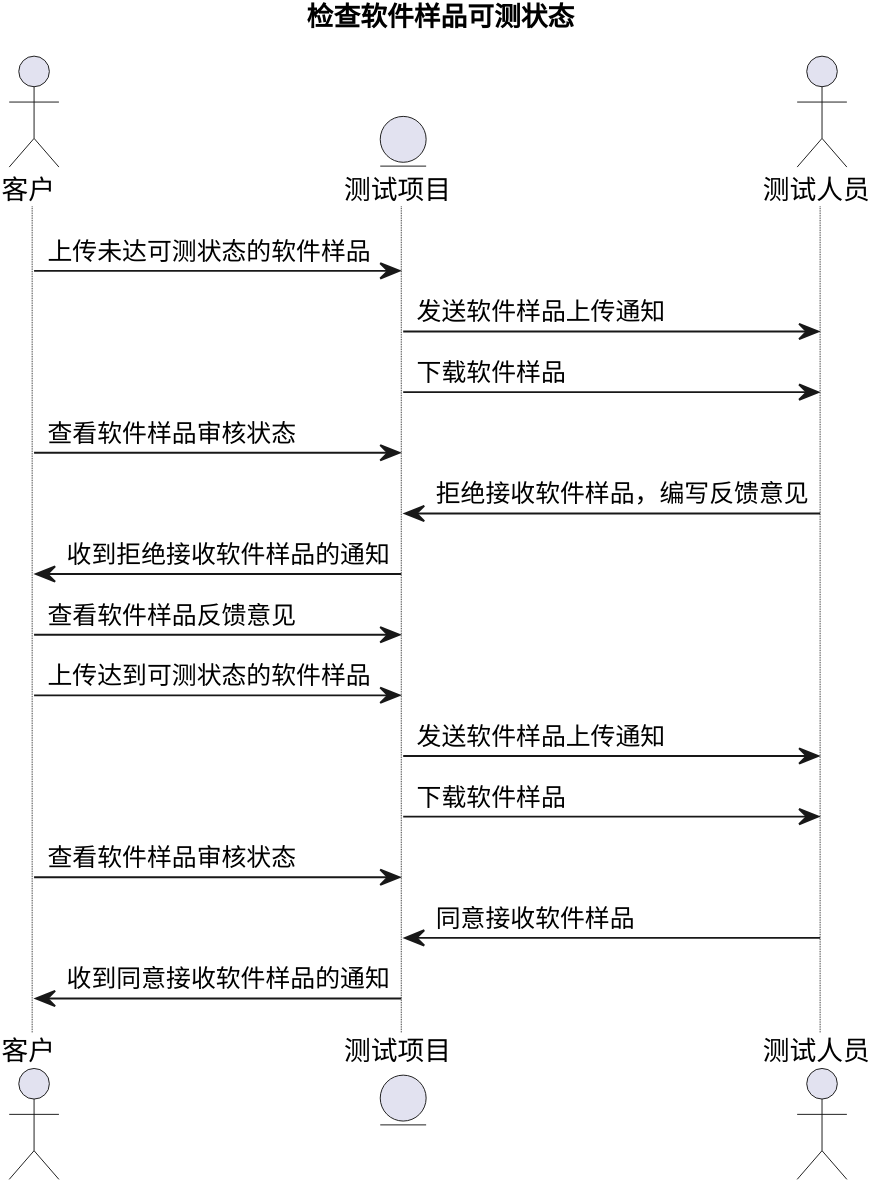
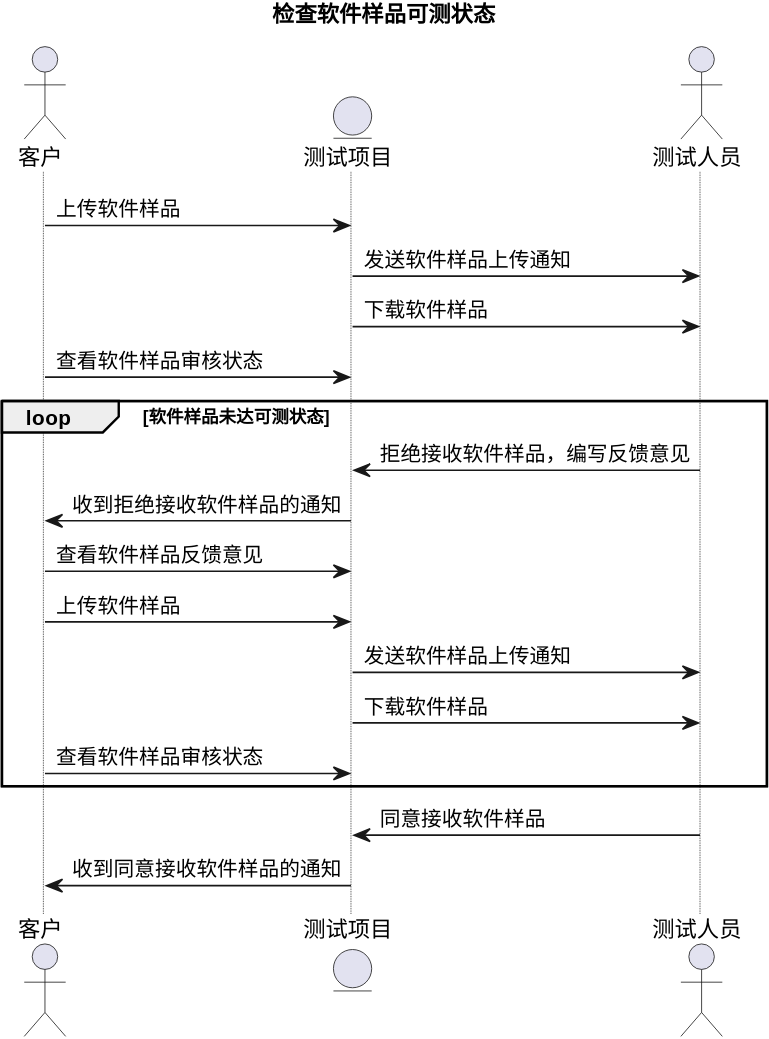
The diagram in file/checkSoftware.plantuml (TheGreatAutomata/SE2022-SoftwareTestsSystem), drawn with PlantUML before and after one commit. The commit also changed 2 other files, not shown here.

```diff
--- a/file/checkSoftware.plantuml
+++ b/file/checkSoftware.plantuml
@@ -1,23 +1,25 @@
 @startuml 检查软件样品可测状态
 title 检查软件样品可测状态
-skinparam dpi 1080
+skinparam dpi 900
 
 actor 客户
 entity 测试项目
 actor 测试人员
 
-客户 -> 测试项目: 上传未达可测状态的软件样品
-测试项目 -> 测试人员 : 发送软件样品上传通知
-测试项目 -> 测试人员 : 下载软件样品
-客户 -> 测试项目: 查看软件样品审核状态
-测试人员 -> 测试项目 : 拒绝接收软件样品，编写反馈意见
-测试项目 -> 客户 : 收到拒绝接收软件样品的通知
-客户 -> 测试项目: 查看软件样品反馈意见
-客户 -> 测试项目 : 上传达到可测状态的软件样品
+客户 -> 测试项目: 上传软件样品
 测试项目 -> 测试人员 : 发送软件样品上传通知
 测试人员 <- 测试项目 : 下载软件样品
 客户 -> 测试项目: 查看软件样品审核状态
+loop 软件样品未达可测状态
+    测试人员 -> 测试项目 : 拒绝接收软件样品，编写反馈意见
+    测试项目 -> 客户 : 收到拒绝接收软件样品的通知
+    客户 -> 测试项目: 查看软件样品反馈意见
+    客户 -> 测试项目 : 上传软件样品
+    测试项目 -> 测试人员 : 发送软件样品上传通知
+    测试项目 -> 测试人员 : 下载软件样品
+    客户 -> 测试项目: 查看软件样品审核状态
+end
 测试人员 -> 测试项目 : 同意接收软件样品
 测试项目 -> 客户 : 收到同意接收软件样品的通知
 
 @enduml
```
